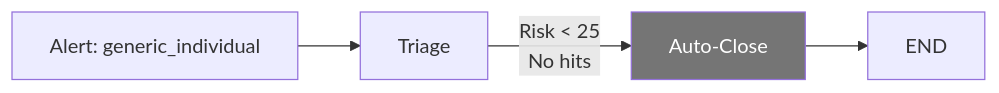
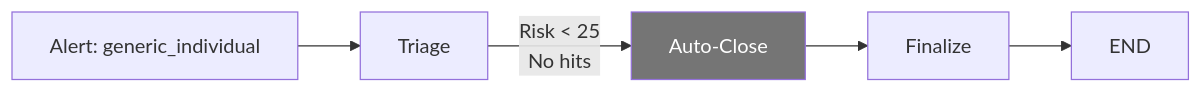
One commit to mongodb-industry-solutions/fsi-aml-fraud-detection changed diagram 15 of 19 in docs/AGENTIC_INVESTIGATION_PIPELINE.md. Above: the diagram before and after it, drawn with Mermaid. The commit also changed other lines of this file, not shown here.

````diff
--- a/docs/AGENTIC_INVESTIGATION_PIPELINE.md
+++ b/docs/AGENTIC_INVESTIGATION_PIPELINE.md
@@ -995,8 +1287,9 @@
 ```mermaid
 flowchart LR
     A["Alert: generic_individual"] --> T["Triage"]
     T -->|"Risk < 25<br/>No hits"| AC["Auto-Close"]
-    AC --> E["END"]
+    AC --> F["Finalize"]
+    F --> E["END"]
 
     style AC fill:#757575,color:#fff
 ```
````
